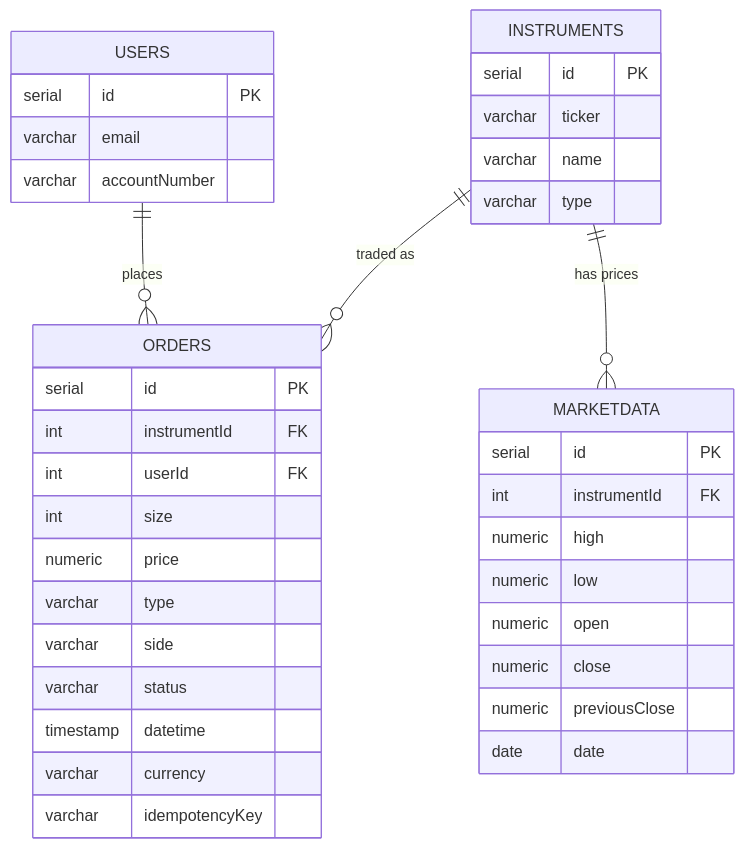
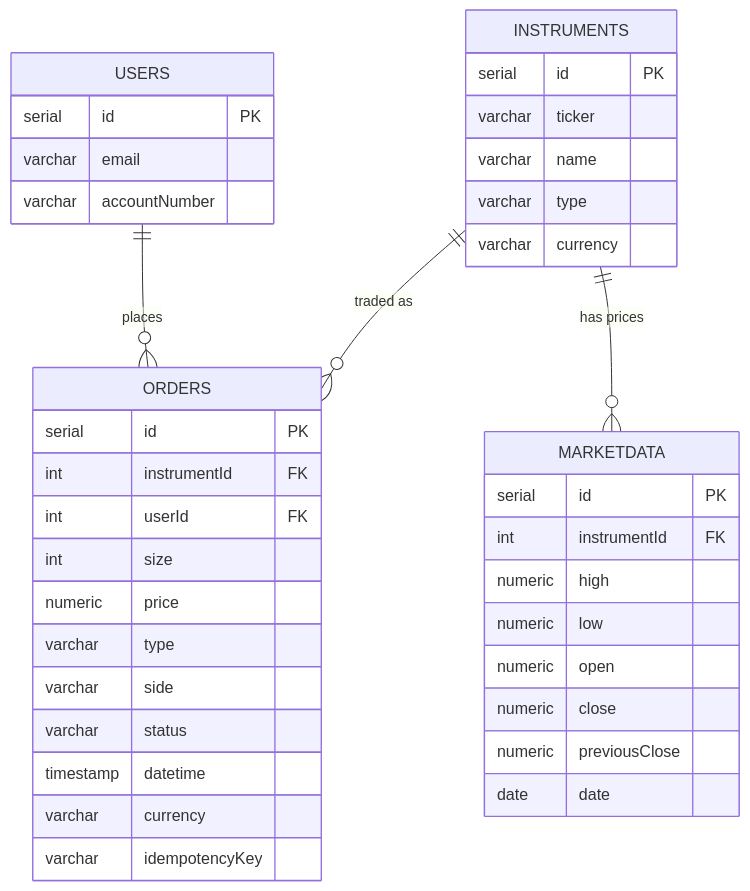
Before and after one commit to wchopite/cocos-capital: the diagram in docs/data-model.md, drawn with Mermaid. The commit also changed other lines of this file and 24 other files, not shown here.

````diff
--- a/docs/data-model.md
+++ b/docs/data-model.md
@@ -5,44 +5,45 @@
 ```mermaid
 erDiagram
   USERS ||--o{ ORDERS : "places"
   INSTRUMENTS ||--o{ ORDERS : "traded as"
   INSTRUMENTS ||--o{ MARKETDATA : "has prices"
 
   USERS {
     serial id PK
     varchar email
     varchar accountNumber
   }
 
   INSTRUMENTS {
     serial id PK
     varchar ticker
     varchar name
     varchar type
+    varchar currency
   }
 
   ORDERS {
     serial id PK
     int instrumentId FK
     int userId FK
     int size
     numeric price
     varchar type
     varchar side
     varchar status
     timestamp datetime
     varchar currency
     varchar idempotencyKey
   }
 
   MARKETDATA {
     serial id PK
     int instrumentId FK
     numeric high
     numeric low
     numeric open
     numeric close
     numeric previousClose
     date date
   }
 ```
````
